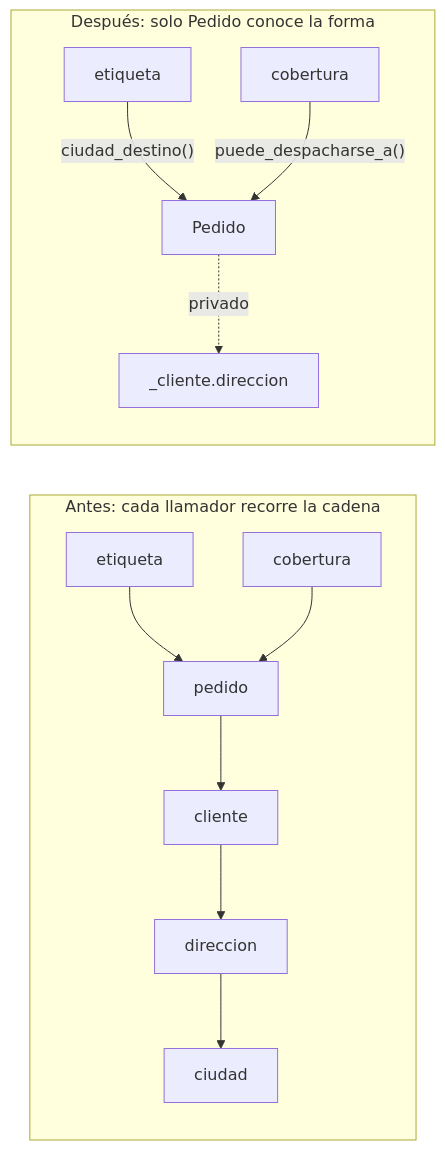
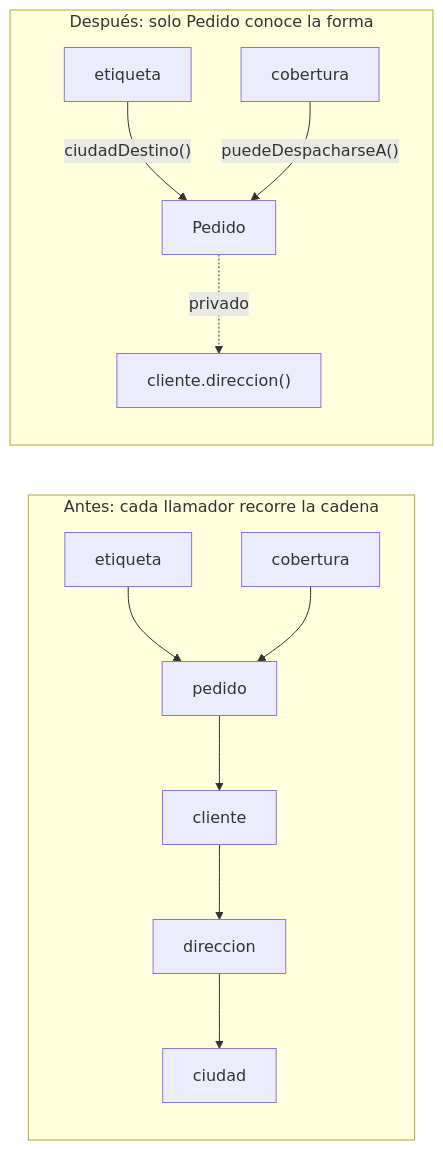
The third of 4 diagrams in web/public/content/foundations/modulo-10.md (NICORUIZ93/The_Imperial_Book), drawn with Mermaid before and after one commit. The commit also changed other lines of this file and 1 other file, not shown here.

````diff
--- a/web/public/content/foundations/modulo-10.md
+++ b/web/public/content/foundations/modulo-10.md
@@ -1028,12 +1240,12 @@
 ```mermaid
 flowchart LR
     subgraph antes["Antes: cada llamador recorre la cadena"]
         E1["etiqueta"] --> PA["pedido"] --> CA["cliente"] --> DA["direccion"] --> CI["ciudad"]
         R1["cobertura"] --> PA
     end
     subgraph despues["Después: solo Pedido conoce la forma"]
-        E2["etiqueta"] -- "ciudad_destino()" --> PD["Pedido"]
-        R2["cobertura"] -- "puede_despacharse_a()" --> PD
-        PD -. "privado" .-> CD["_cliente.direccion"]
+        E2["etiqueta"] -- "ciudadDestino()" --> PD["Pedido"]
+        R2["cobertura"] -- "puedeDespacharseA()" --> PD
+        PD -. "privado" .-> CD["cliente.direccion()"]
     end
 ```
````
